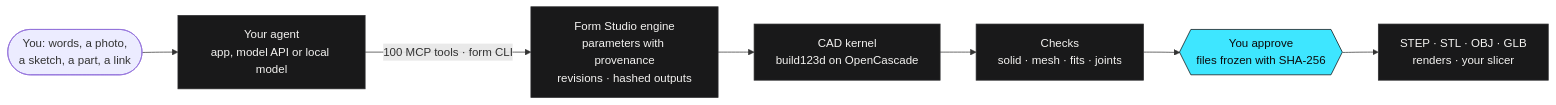
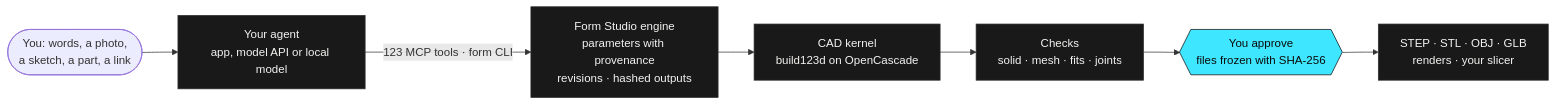
Before and after one commit to kaizensx/form-studio: the diagram in README.md, drawn with Mermaid. The commit also changed other lines of this file and 15 other files, not shown here.

Commit message:
Integrate waves X, H, F, G, I and J: 123 MCP tools, every wave on the Bench, the packaged app ships what they read

````diff
--- a/README.md
+++ b/README.md
@@ -86,13 +86,13 @@
 ```mermaid
 flowchart LR
   you(["You: words, a photo,<br/>a sketch, a part, a link"]) --> agent["Your agent<br/>app, model API or local model"]
-  agent -- "100 MCP tools · form CLI" --> engine["Form Studio engine<br/>parameters with provenance<br/>revisions · hashed outputs"]
+  agent -- "123 MCP tools · form CLI" --> engine["Form Studio engine<br/>parameters with provenance<br/>revisions · hashed outputs"]
   engine --> kernel["CAD kernel<br/>build123d on OpenCascade"]
   kernel --> checks["Checks<br/>solid · mesh · fits · joints"]
   checks --> release{{"You approve<br/>files frozen with SHA-256"}}
   release --> out["STEP · STL · OBJ · GLB<br/>renders · your slicer"]
   classDef datum fill:#3ee6ff,stroke:#0b0b0c,color:#0b0b0c
   classDef plate fill:#19191a,stroke:#2f2f31,color:#f4f3f1
   class release datum
   class agent,engine,kernel,checks,out plate
 ```
````
